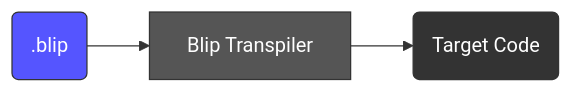
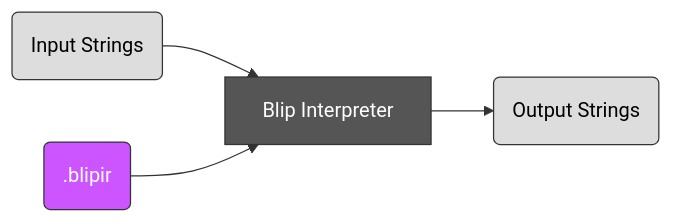
Before and after one commit to psysrc/blip: the second of 3 diagrams in docs/design_ecosystem.md, drawn with Mermaid. The commit also changed other lines of this file, not shown here.

````diff
--- a/docs/design_ecosystem.md
+++ b/docs/design_ecosystem.md
@@ -36,12 +40,15 @@
 ```mermaid
 flowchart LR
-    blip(.blip)
-    t(Target Code)
-    transpiler[Blip Transpiler]
+    i(Input Strings)
+    o(Output Strings)
+    blipir(.blipir)
+    interpreter[Blip Interpreter]
 
-    blip --> transpiler --> t
+    i --> interpreter
+    blipir --> interpreter --> o
 
-    style blip fill:#55f,color:#fff,stroke:#333
-    style transpiler fill:#555,color:#fff,stroke:#333
-    style t fill:#333,color:#fff,stroke:#333
+    style blipir fill:#c5f,color:#fff,stroke:#333
+    style interpreter fill:#555,color:#fff,stroke:#333
+    style i fill:#ddd,color:#000,stroke:#333
+    style o fill:#ddd,color:#000,stroke:#333
 ```
````
